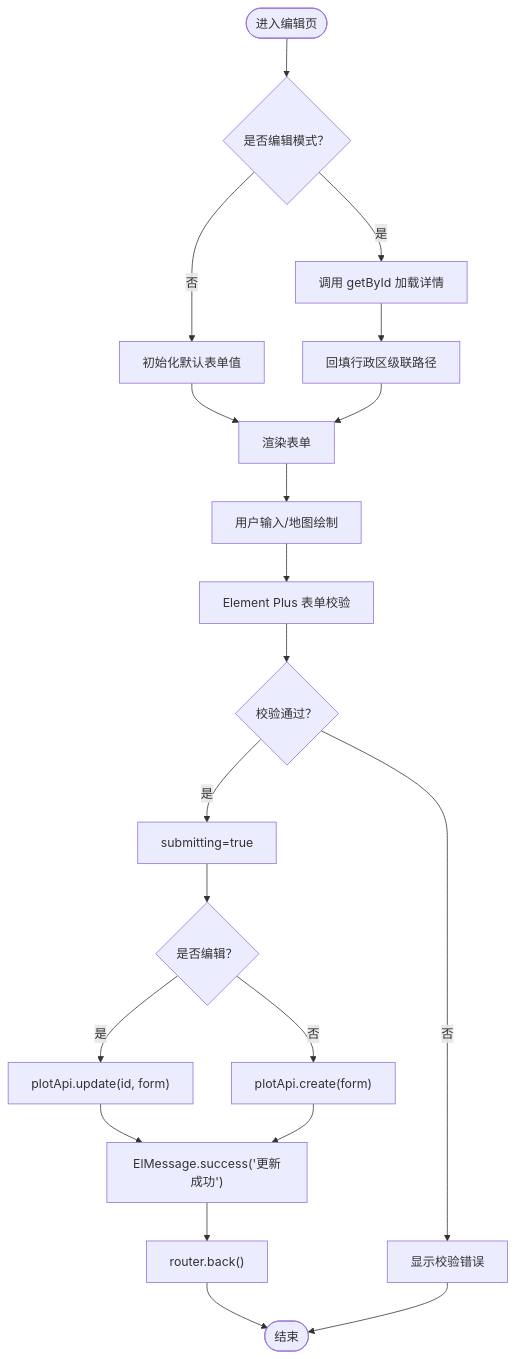
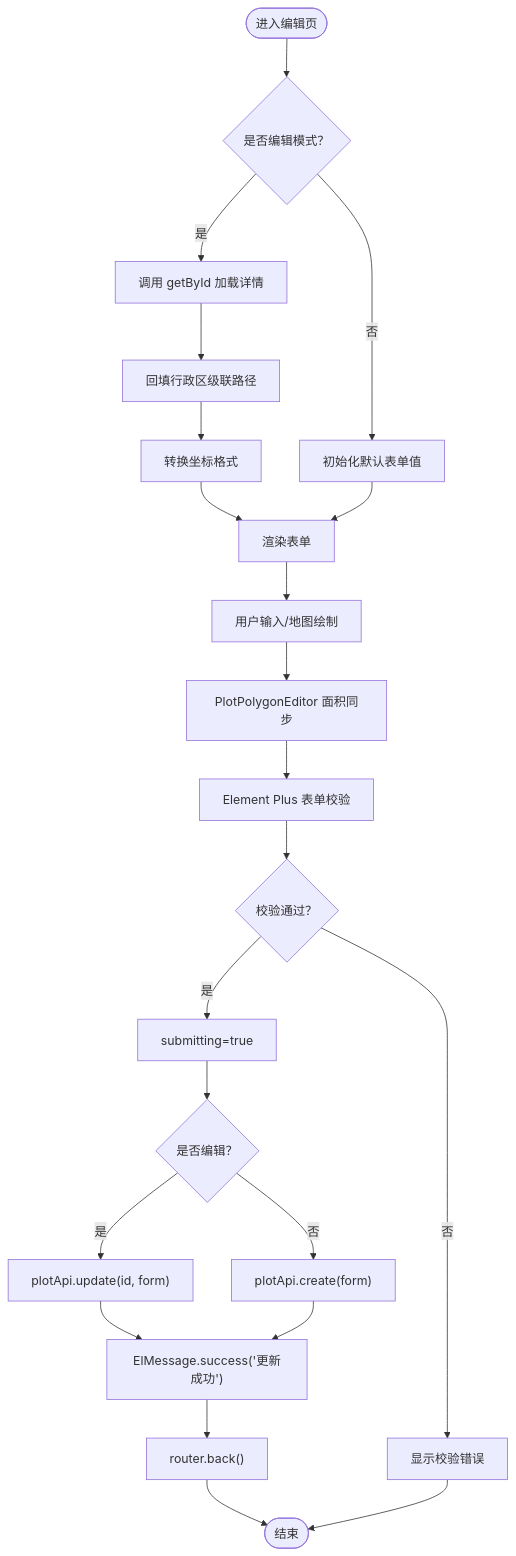
One commit to q446328246/agri-platform changed the third of 8 diagrams in .qoder/repowiki/zh/content/前端应用文档/核心页面/地块管理页面/地块编辑页面.md. Above: the diagram before and after it, drawn with Mermaid. The commit also changed other lines of this file and 110 other files, not shown here.

````diff
--- a/.qoder/repowiki/zh/content/前端应用文档/核心页面/地块管理页面/地块编辑页面.md
+++ b/.qoder/repowiki/zh/content/前端应用文档/核心页面/地块管理页面/地块编辑页面.md
@@ -149,22 +181,24 @@
 ```mermaid
 flowchart TD
 Start(["进入编辑页"]) --> Mode{"是否编辑模式？"}
 Mode --> |是| LoadDetail["调用 getById 加载详情"]
 Mode --> |否| InitForm["初始化默认表单值"]
 LoadDetail --> BindRegion["回填行政区级联路径"]
-InitForm --> ShowForm["渲染表单"]
-BindRegion --> ShowForm
+BindRegion --> ConvertCoords["转换坐标格式"]
+ConvertCoords --> ShowForm["渲染表单"]
+InitForm --> ShowForm
 ShowForm --> UserInput["用户输入/地图绘制"]
-UserInput --> Validate["Element Plus 表单校验"]
+UserInput --> AreaSync["PlotPolygonEditor 面积同步"]
+AreaSync --> Validate["Element Plus 表单校验"]
 Validate --> Valid{"校验通过？"}
 Valid --> |否| ShowError["显示校验错误"]
 Valid --> |是| Submit["submitting=true"]
 Submit --> IsEdit{"是否编辑？"}
 IsEdit --> |是| CallUpdate["plotApi.update(id, form)"]
 IsEdit --> |否| CallCreate["plotApi.create(form)"]
 CallUpdate --> Success["ElMessage.success('更新成功')"]
 CallCreate --> Success
 Success --> Back["router.back()"]
 Back --> End(["结束"])
 ShowError --> End
 ```
````
